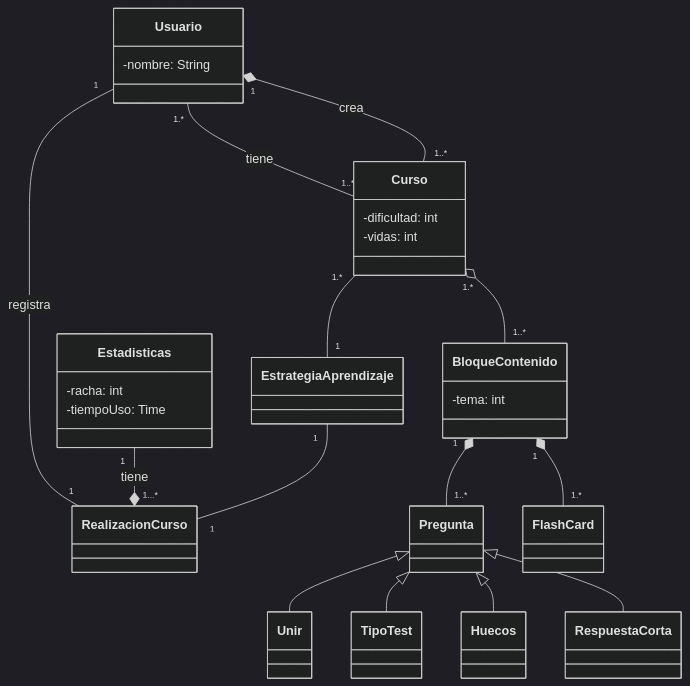
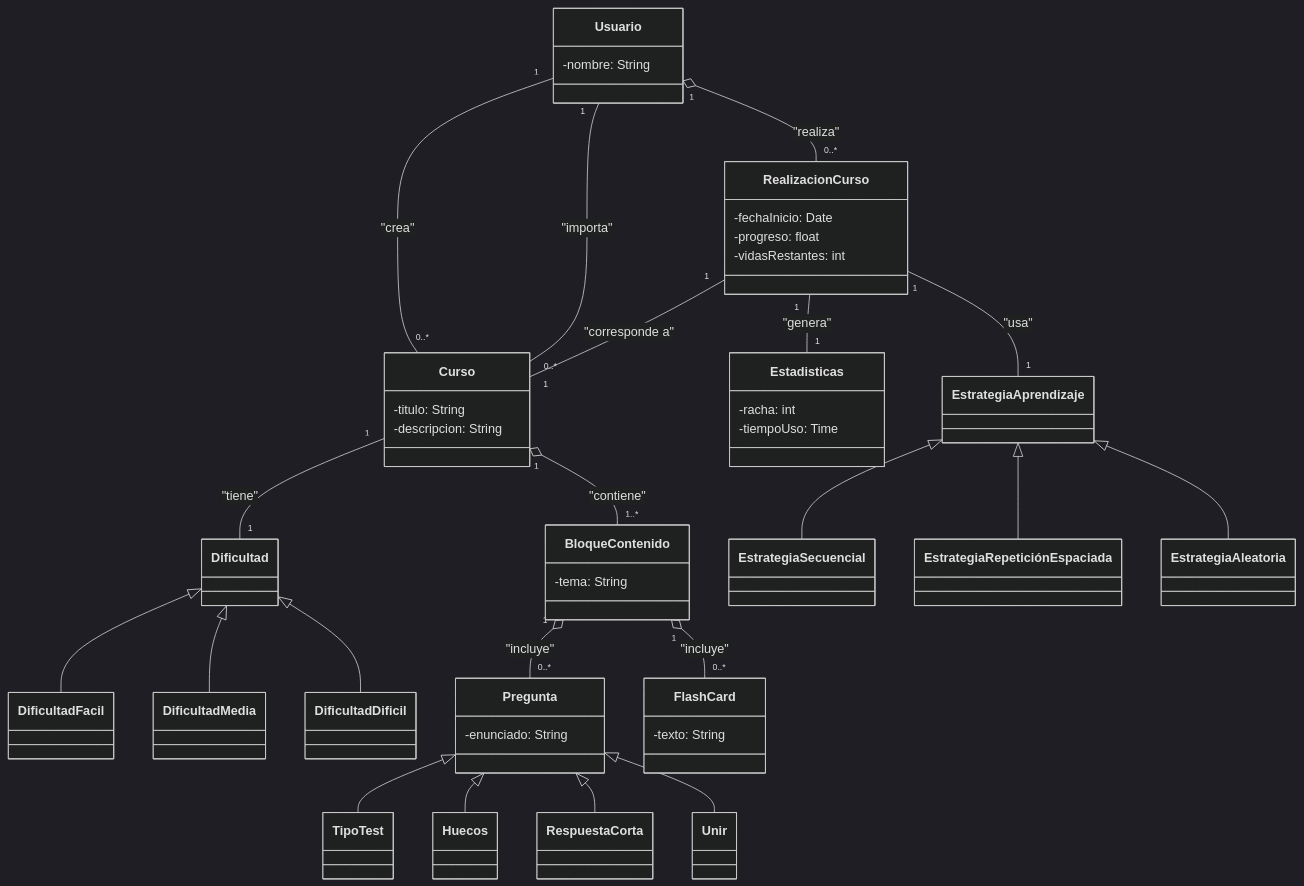
One commit to gusgarzo/PDS-Proyecto changed the diagram in diseño/modelo.md. Above: the diagram before and after it, drawn with Mermaid (dark theme). The commit also changed other lines of this file, not shown here.

````diff
--- a/diseño/modelo.md
+++ b/diseño/modelo.md
@@ -1,38 +2,116 @@
 ```mermaid
 classDiagram
-    Usuario "1" -- "1" RealizacionCurso : registra
-    Estadisticas "1"--*"1...*" RealizacionCurso : tiene
 
-    EstrategiaAprendizaje "1"--"1" RealizacionCurso
-    Usuario "1.*" -- "1..*" Curso : tiene
-    Usuario "1" *-- "1..*" Curso : crea
-    Curso "1.*" -- "1" EstrategiaAprendizaje
-    Curso "1.*" o-- "1..*" BloqueContenido
-    BloqueContenido "1" *--"1..*" Pregunta
-    Pregunta <|-- Unir
-    Pregunta <|-- TipoTest
-    Pregunta <|-- Huecos
-    Pregunta <|-- RespuestaCorta
-    BloqueContenido "1" *-- "1.*" FlashCard
+    %% Clases principales %%
 
     class Usuario {
         -nombre: String
     }
+
+    class Curso {
+        -titulo: String
+        -descripcion: String
+    }
+
+    class RealizacionCurso {
+        -fechaInicio: Date
+        -progreso: float
+        -vidasRestantes: int
+    }
+
     class Estadisticas {
         -racha: int
         -tiempoUso: Time
     }
-    class Curso {
-        -dificultad: int
-        -vidas: int
+
+    class Dificultad {
     }
+
+    class DificultadFacil {
+    }
+
+    class DificultadMedia {
+    }
+
+    class DificultadDificil {
+    }
+
     class EstrategiaAprendizaje {
-        
     }
+
+    class Estrategia Secuencial {
+    }
+
+    class Estrategia Repetición Espaciada {
+    }
+
+
+    class Estrategia Aleatoria {
+    }
+
     class BloqueContenido {
-        -tema: int
+        -tema: String
     }
-    class RealizacionCurso{
-        
+
+    class Pregunta {
+        -enunciado: String
     }
+
+    class TipoTest {
+    }
+
+    class Huecos {
+    }
+
+    class RespuestaCorta {
+    }
+
+    class Unir {
+    }
+
+    class FlashCard {
+        -texto: String
+    }
+
+    %% Relaciones entre clases %%
+
+    %% Usuario con Curso y RealizacionCurso %%
+    Usuario "1" -- "0..*" Curso : "crea"
+    Usuario "1" -- "0..*" Curso : "importa"
+    Usuario "1" o-- "0..*" RealizacionCurso : "realiza"
+
+    %% RealizacionCurso con Curso %%
+    RealizacionCurso "1" -- "1" Curso : "corresponde a"
+
+    %% RealizacionCurso con Estadisticas %%
+    RealizacionCurso "1" -- "1" Estadisticas : "genera"
+
+    %% RealizacionCurso con EstrategiaAprendizaje %%
+    RealizacionCurso "1" -- "1" EstrategiaAprendizaje : "usa"
+
+    %% Curso con Dificultad %%
+    Curso "1" -- "1" Dificultad : "tiene"
+
+    Dificultad <|-- DificultadFacil
+    Dificultad <|-- DificultadMedia
+    Dificultad <|-- DificultadDificil
+
+    %% EstrategiaAprendizaje como jerarquía %%
+    EstrategiaAprendizaje <|-- Estrategia Secuencial
+    EstrategiaAprendizaje <|-- Estrategia Repetición Espaciada
+    EstrategiaAprendizaje <|-- Estrategia Aleatoria
+
+    %% Curso con BloqueContenido %%
+    Curso "1" o-- "1..*" BloqueContenido : "contiene"
+
+    %% BloqueContenido con Pregunta y FlashCard %%
+    BloqueContenido "1" o-- "0..*" Pregunta : "incluye"
+    BloqueContenido "1" o-- "0..*" FlashCard : "incluye"
+
+    %% Jerarquía de Preguntas %%
+    Pregunta <|-- TipoTest
+    Pregunta <|-- Huecos
+    Pregunta <|-- RespuestaCorta
+    Pregunta <|-- Unir
+
 ```
````
